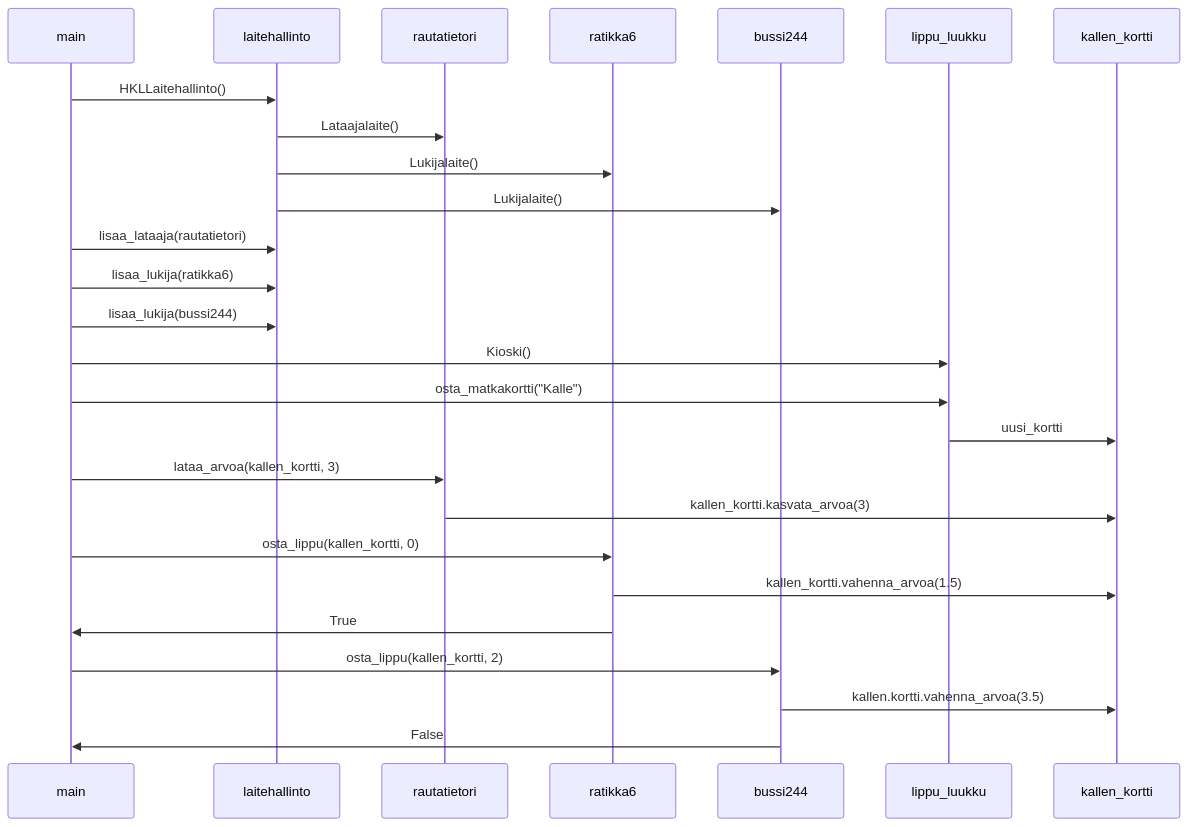
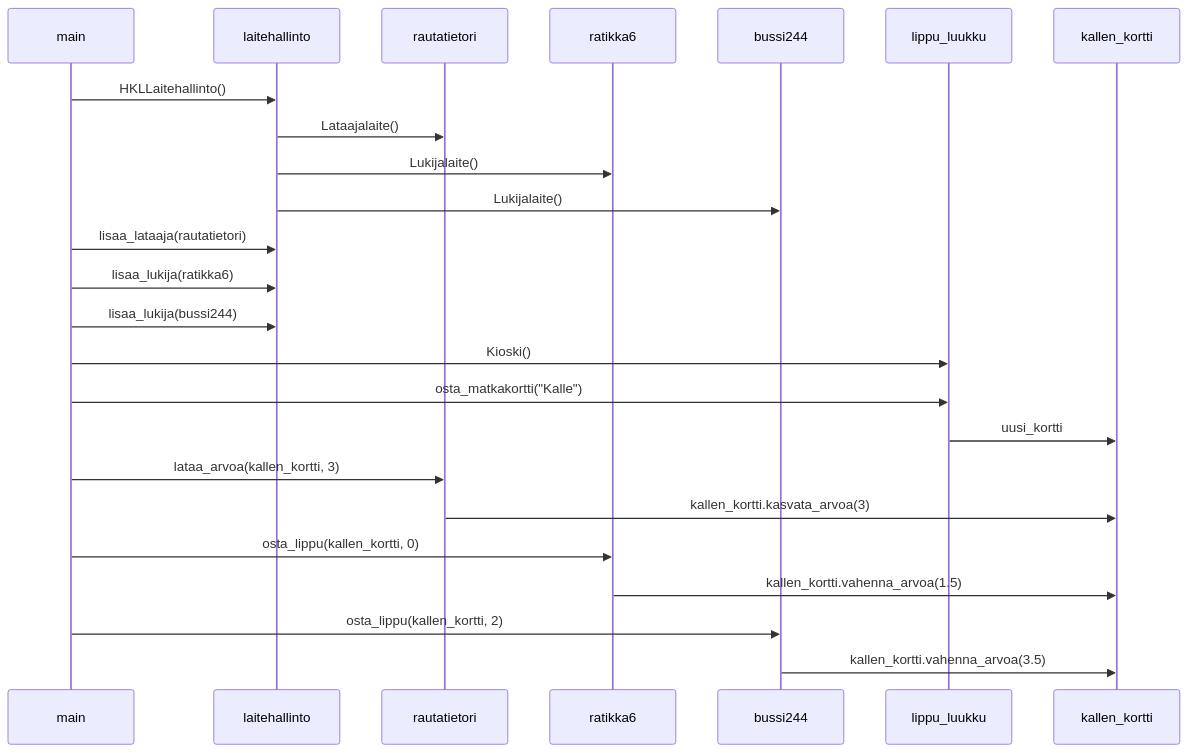
Before and after one commit to ttanninen/ot-harjoitustyo: the diagram in laskarit/viikko3/hsl.md, drawn with Mermaid.

````diff
--- a/laskarit/viikko3/hsl.md
+++ b/laskarit/viikko3/hsl.md
@@ -1,37 +1,35 @@
 ```mermaid
 
 sequenceDiagram
   participant main
   participant laitehallinto
   participant rautatietori
   participant ratikka6
   participant bussi244
   participant lippu_luukku
   participant kallen_kortti
   
     main ->> laitehallinto: HKLLaitehallinto()
     laitehallinto ->> rautatietori: Lataajalaite()
     laitehallinto ->> ratikka6: Lukijalaite()
     laitehallinto ->> bussi244: Lukijalaite()
 
     main ->> laitehallinto: lisaa_lataaja(rautatietori)
     main ->> laitehallinto: lisaa_lukija(ratikka6)
     main ->> laitehallinto: lisaa_lukija(bussi244)
 
     main ->> lippu_luukku: Kioski()
 
     main ->> lippu_luukku: osta_matkakortti("Kalle")
     lippu_luukku ->> kallen_kortti: uusi_kortti
 
     main ->> rautatietori: lataa_arvoa(kallen_kortti, 3)
     rautatietori ->> kallen_kortti: kallen_kortti.kasvata_arvoa(3)
 
     main ->> ratikka6: osta_lippu(kallen_kortti, 0)
     ratikka6 ->> kallen_kortti: kallen_kortti.vahenna_arvoa(1.5)
-    ratikka6 ->> main: True
 
     main ->> bussi244: osta_lippu(kallen_kortti, 2)
-    bussi244 ->> kallen_kortti: kallen.kortti.vahenna_arvoa(3.5)
-    bussi244 ->> main: False
+    bussi244 ->> kallen_kortti: kallen_kortti.vahenna_arvoa(3.5)
 
 ```
````
